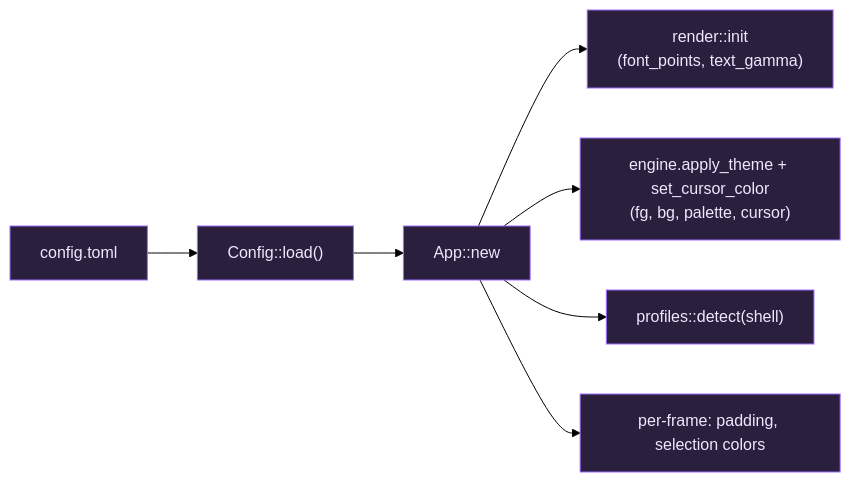
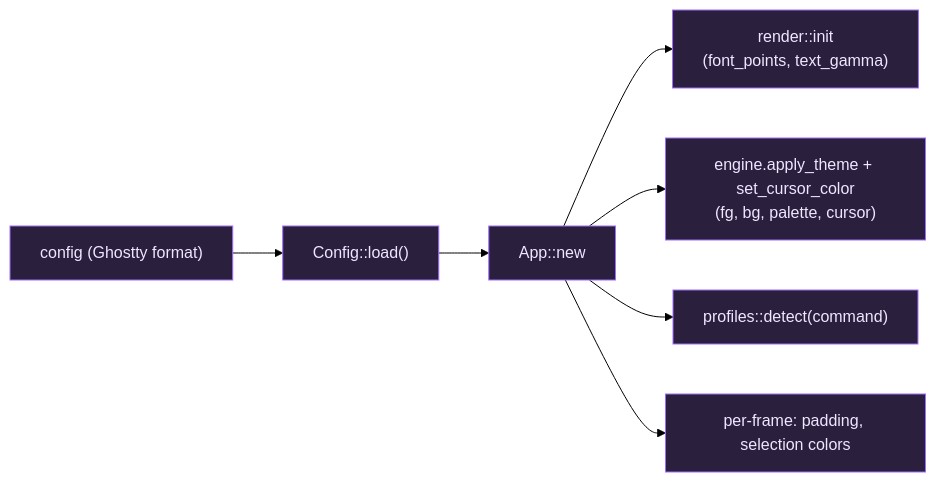
Before and after one commit to stvnksslr/geist: the diagram in docs/guides/configuration.md, drawn with Mermaid (forest theme). The commit also changed other lines of this file and 16 other files, not shown here.

````diff
--- a/docs/guides/configuration.md
+++ b/docs/guides/configuration.md
@@ -33,19 +61,19 @@
 ```mermaid
 flowchart LR
-    toml["config.toml"]
+    file["config (Ghostty format)"]
     cfg["Config::load()"]
     app["App::new"]
     render["render::init<br/>(font_points, text_gamma)"]
     engine["engine.apply_theme + set_cursor_color<br/>(fg, bg, palette, cursor)"]
-    profiles["profiles::detect(shell)"]
+    profiles["profiles::detect(command)"]
     perframe["per-frame: padding, selection colors"]
 
-    toml --> cfg --> app
+    file --> cfg --> app
     app --> render
     app --> engine
     app --> profiles
     app --> perframe
 
     classDef n fill:#2a1f3d,stroke:#a06cff,color:#f0e6ff
-    class toml,cfg,app,render,engine,profiles,perframe n
+    class file,cfg,app,render,engine,profiles,perframe n
 ```
````
